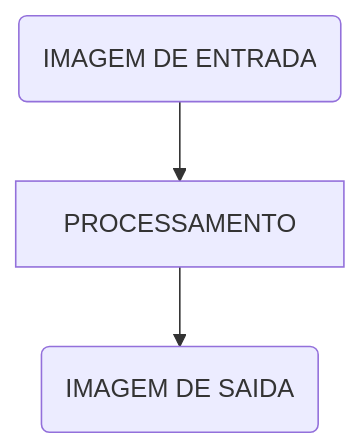
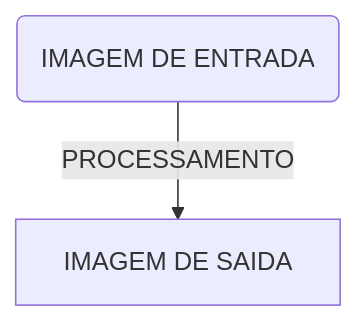
Before and after one commit to Natalirodriguess/disciplinas-cruzeiro-do-sul: the diagram in processamento-de-imagens-disciplina/README.md, drawn with Mermaid.

Commit message:
fluxograma com mermaid

````diff
--- a/processamento-de-imagens-disciplina/README.md
+++ b/processamento-de-imagens-disciplina/README.md
@@ -30,5 +30,4 @@
 ```mermaid
 graph TD;
-    A(IMAGEM DE ENTRADA)-->B[PROCESSAMENTO];
-    B-->C(IMAGEM DE SAIDA);
+    A(IMAGEM DE ENTRADA)-->|PROCESSAMENTO| B[IMAGEM DE SAIDA];
 ```
````
